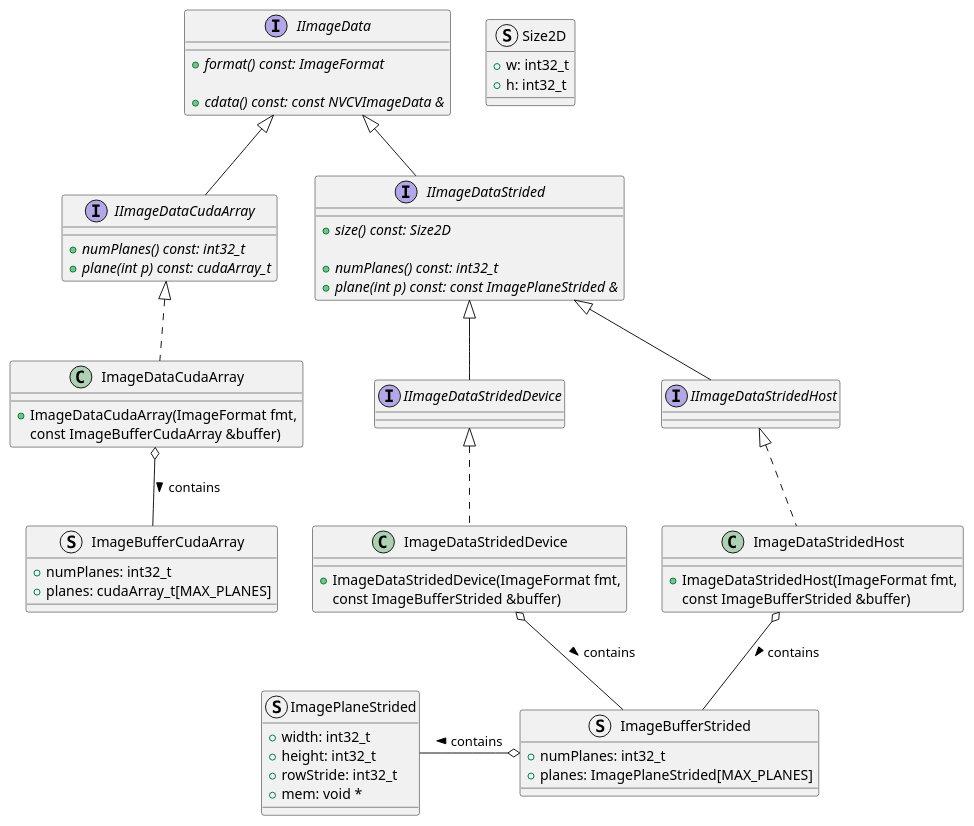
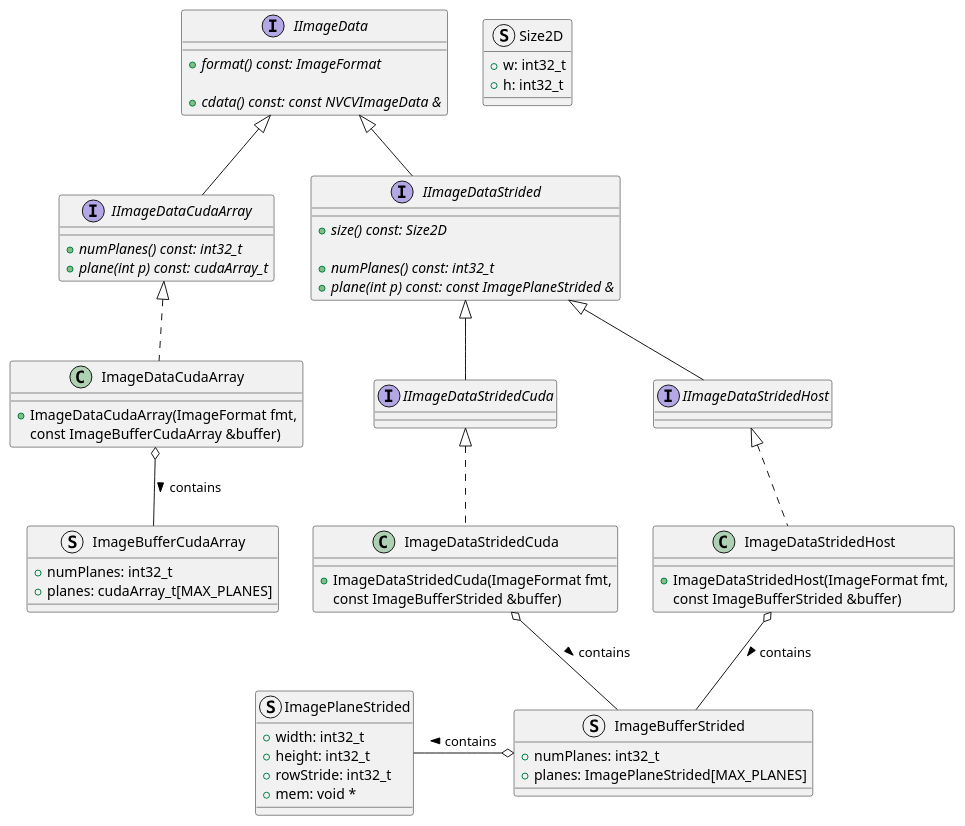
One commit to JanuszL/CV-CUDA changed the diagram in docs/design/image_data_classes.puml. Above: the diagram before and after it, drawn with PlantUML. The commit also changed 155 other files, not shown here.

```diff
--- a/docs/design/image_data_classes.puml
+++ b/docs/design/image_data_classes.puml
@@ -13,82 +13,82 @@
 @startuml
 
 interface IImageData
 {
     + {abstract} format() const: ImageFormat
 
     + {abstract} cdata() const: const NVCVImageData &
 }
 
 interface IImageDataCudaArray extends IImageData
 {
     + {abstract} numPlanes() const: int32_t
     + {abstract} plane(int p) const: cudaArray_t
 }
 
 struct Size2D
 {
     + w: int32_t
     + h: int32_t
 }
 
 struct ImagePlaneStrided
 {
     + width: int32_t
     + height: int32_t
     + rowStride: int32_t
     + mem: void *
 }
 
 interface IImageDataStrided extends IImageData
 {
     + {abstract} size() const: Size2D
 
     + {abstract} numPlanes() const: int32_t
     + {abstract} plane(int p) const: const ImagePlaneStrided &
 }
 
-interface IImageDataStridedDevice implements IImageDataStrided
+interface IImageDataStridedCuda implements IImageDataStrided
 {
 }
 
 interface IImageDataStridedHost implements IImageDataStrided
 {
 }
 
 struct ImageBufferCudaArray
 {
     + numPlanes: int32_t
     + planes: cudaArray_t[MAX_PLANES]
 }
 
 class ImageDataCudaArray implements IImageDataCudaArray
 {
     + ImageDataCudaArray(ImageFormat fmt,
                          const ImageBufferCudaArray &buffer)
 }
 
 struct ImageBufferStrided
 {
     + numPlanes: int32_t
     + planes: ImagePlaneStrided[MAX_PLANES]
 }
 
-class ImageDataStridedDevice implements IImageDataStridedDevice
+class ImageDataStridedCuda implements IImageDataStridedCuda
 {
-    + ImageDataStridedDevice(ImageFormat fmt,
+    + ImageDataStridedCuda(ImageFormat fmt,
                            const ImageBufferStrided &buffer)
 }
 
 class ImageDataStridedHost implements IImageDataStridedHost
 {
     + ImageDataStridedHost(ImageFormat fmt,
                          const ImageBufferStrided &buffer)
 }
 
 ImageBufferStrided -up-o ImageDataStridedHost: contains <
-ImageBufferStrided -up-o ImageDataStridedDevice: contains <
+ImageBufferStrided -up-o ImageDataStridedCuda: contains <
 ImagePlaneStrided -right-o ImageBufferStrided: contains <
 
 ImageBufferCudaArray -up-o ImageDataCudaArray: contains <
 
 @enduml
```
